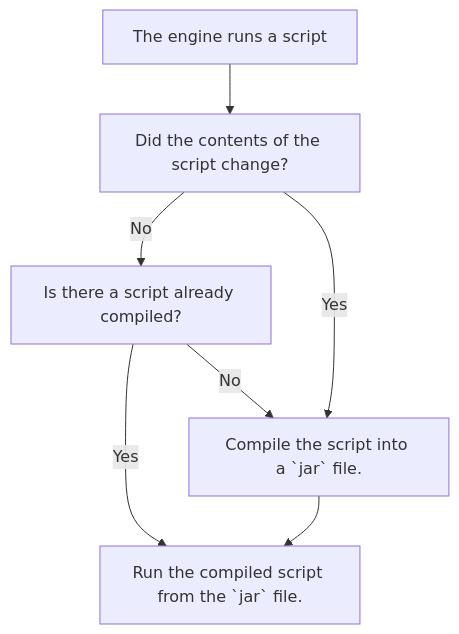
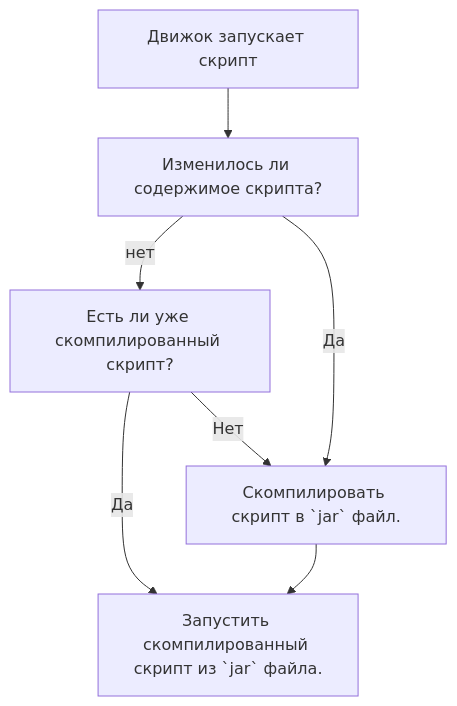
The diagram in i18n/ru/docusaurus-plugin-content-docs/current/hollowengine/2-begin/8-starting.mdx (0mods/docsweb), drawn with Mermaid before and after one commit. The commit also changed other lines of this file and 11 other files, not shown here.

````diff
--- a/i18n/ru/docusaurus-plugin-content-docs/current/hollowengine/2-begin/8-starting.mdx
+++ b/i18n/ru/docusaurus-plugin-content-docs/current/hollowengine/2-begin/8-starting.mdx
@@ -21,15 +21,15 @@
 ```mermaid
 graph TD;
-    Start[The engine runs a script];
-    Q1[Did the contents of the script change?];
-    Q2[Is there a script already compiled?];
-    Comp[Compile the script into a `jar` file.];
-    End[Run the compiled script from the `jar` file.];
-    
+    Start[Движок запускает скрипт];
+    Q1[Изменилось ли содержимое скрипта?];
+    Q2[Есть ли уже скомпилированный скрипт?];
+    Comp[Скомпилировать скрипт в `jar` файл.];
+    End[Запустить скомпилированный скрипт из `jar` файла.];
+
     Start-->Q1;
-    Q1-->|No|Q2;
-    Q2-->|No|Comp;
-    Q1-->|Yes|Comp;
-    Q2-->|Yes|End;
+    Q1-->|нет|Q2;
+    Q2-->|Нет|Comp;
+    Q1-->|Да|Comp;
+    Q2-->|Да|End;
     Comp-->End;
-```  
+```
````
